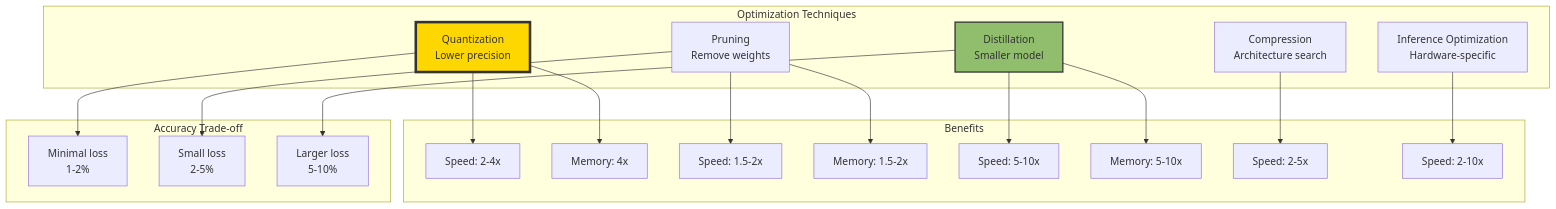
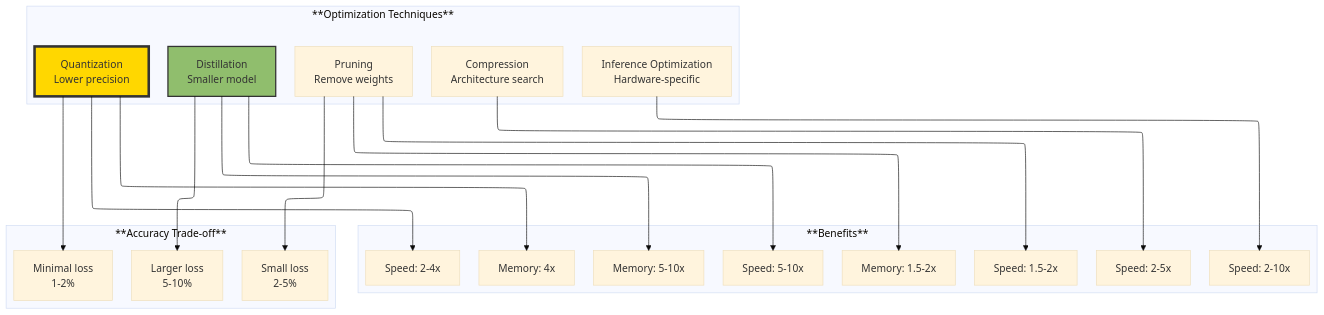
Before and after one commit to Vineet-Sharma-Medium-Stories/Medium-Build-Tool: the first of 3 diagrams in The 2026 AI Metromap/The 2026 AI Metromap: Model Optimization – Keeping the Train on Time.md, drawn with Mermaid. The commit also changed other lines of this file and 37 other files, not shown here.

````diff
--- a/The 2026 AI Metromap/The 2026 AI Metromap: Model Optimization – Keeping the Train on Time.md
+++ b/The 2026 AI Metromap/The 2026 AI Metromap: Model Optimization – Keeping the Train on Time.md
@@ -60,34 +60,39 @@
 ```mermaid
+---
+config:
+  theme: base
+  layout: elk
+---
 graph TD
-    subgraph "Optimization Techniques"
+    subgraph "**Optimization Techniques**"
         Q[Quantization<br/>Lower precision]
         P[Pruning<br/>Remove weights]
         D[Distillation<br/>Smaller model]
         C[Compression<br/>Architecture search]
         O[Inference Optimization<br/>Hardware-specific]
     end
     
-    subgraph "Benefits"
+    subgraph "**Benefits**"
         Q --> S[Speed: 2-4x]
         Q --> M[Memory: 4x]
         
         P --> S2[Speed: 1.5-2x]
         P --> M2[Memory: 1.5-2x]
         
         D --> S3[Speed: 5-10x]
         D --> M3[Memory: 5-10x]
         
         C --> S4[Speed: 2-5x]
         
         O --> S5[Speed: 2-10x]
     end
     
-    subgraph "Accuracy Trade-off"
+    subgraph "**Accuracy Trade-off**"
         Q --> A[Minimal loss<br/>1-2%]
         P --> A2[Small loss<br/>2-5%]
         D --> A3[Larger loss<br/>5-10%]
     end
     
     style Q fill:#ffd700,stroke:#333,stroke-width:4px
     style D fill:#90be6d,stroke:#333,stroke-width:2px
 ```
````
